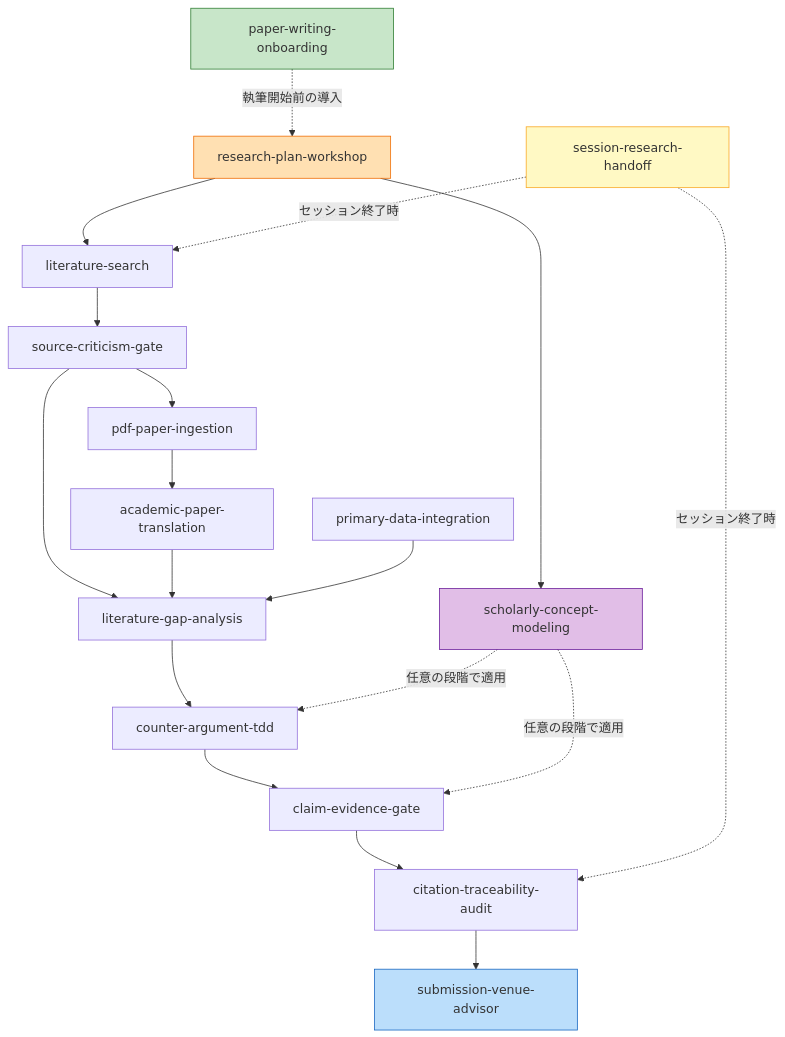
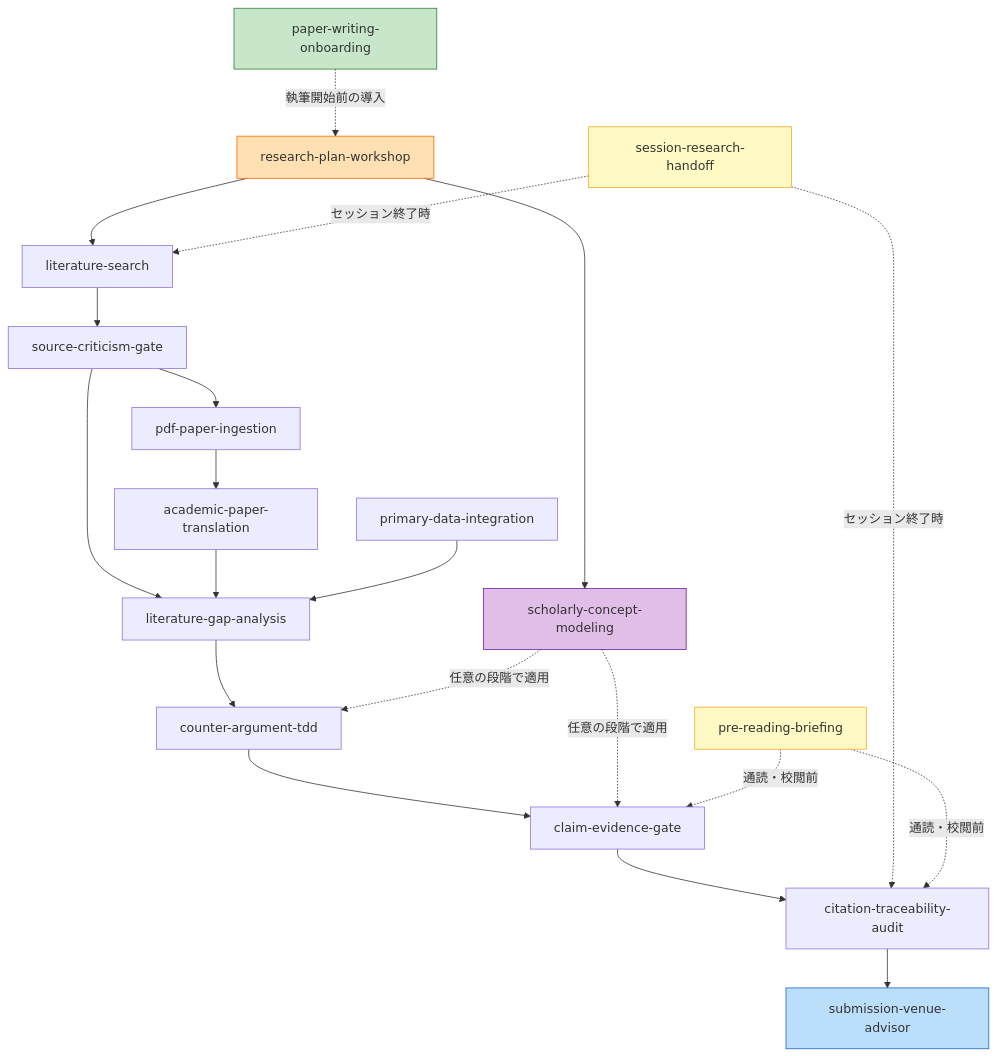
Before and after one commit to hideshi/scholarly-agent-skills: the diagram in skills/ja/README.md, drawn with Mermaid. The commit also changed other lines of this file and 7 other files, not shown here.

First line of the commit message:
feat(skills): add pre-reading-briefing skill (v1.5.0)

````diff
--- a/skills/ja/README.md
+++ b/skills/ja/README.md
@@ -32,27 +33,30 @@
 ```mermaid
 graph TD
     K[paper-writing-onboarding] -.->|執筆開始前の導入| RP
     RP[research-plan-workshop] --> A
     RP --> F
     A[literature-search] --> SC[source-criticism-gate]
     SC --> B[pdf-paper-ingestion]
     B --> C[academic-paper-translation]
     SC --> E[literature-gap-analysis]
     C --> E
     D[primary-data-integration] --> E
     E --> G[counter-argument-tdd]
     G --> H[claim-evidence-gate]
     H --> I[citation-traceability-audit]
     I --> L[submission-venue-advisor]
 
     F[scholarly-concept-modeling] -.->|任意の段階で適用| G
     F -.->|任意の段階で適用| H
     J[session-research-handoff] -.->|セッション終了時| A
     J -.->|セッション終了時| I
+    PR[pre-reading-briefing] -.->|通読・校閲前| H
+    PR -.->|通読・校閲前| I
 
     style K fill:#c8e6c9,stroke:#2e7d32
     style RP fill:#ffe0b2,stroke:#ef6c00
     style F fill:#e1bee7,stroke:#6a1b9a
     style J fill:#fff9c4,stroke:#f9a825
+    style PR fill:#fff9c4,stroke:#f9a825
     style L fill:#bbdefb,stroke:#1565c0
 ```
````
